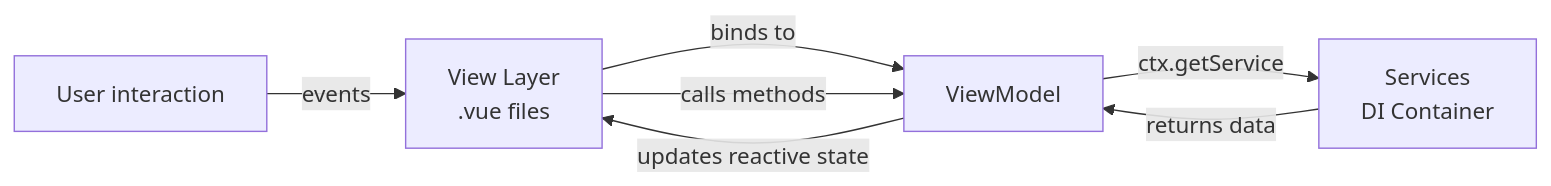
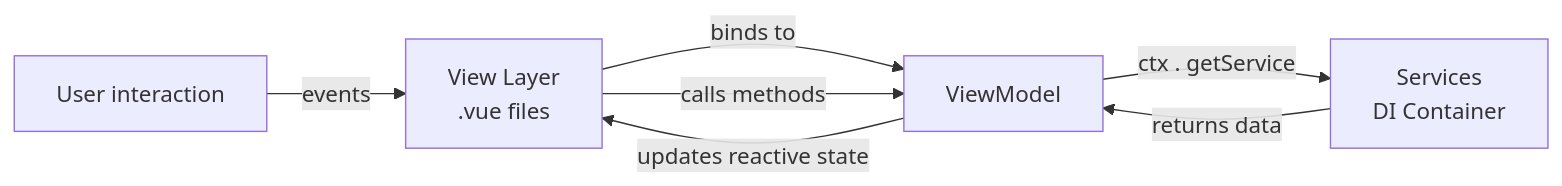
The diagram in docs/core-concept.md (bytelab-studio/vue-mvvm), drawn with Mermaid before and after one commit. The commit also changed other lines of this file and 14 other files, not shown here.

````diff
--- a/docs/core-concept.md
+++ b/docs/core-concept.md
@@ -21,17 +21,13 @@
 ```mermaid
 flowchart LR
-
-user[User interaction]
-view[View Layer<br /> .vue files]
-viewModel[ViewModel]
-services[Services<br />DI Container]
-
-user -->|events| view
-
-view -->|binds to| viewModel
-view -->|calls methods| viewModel
-viewModel -->|updates reactive state| view
-
-viewModel -->|ctx.getService|services
-services -->|returns data|viewModel
+    user[User interaction]
+    view[View Layer<br /> .vue files]
+    viewModel[ViewModel]
+    services[Services<br />DI Container]
+    user -->|events| view
+    view -->|binds to| viewModel
+    view -->|calls methods| viewModel
+    viewModel -->|updates reactive state| view
+    viewModel -->|ctx . getService| services
+    services -->|returns data| viewModel
 ```
````
